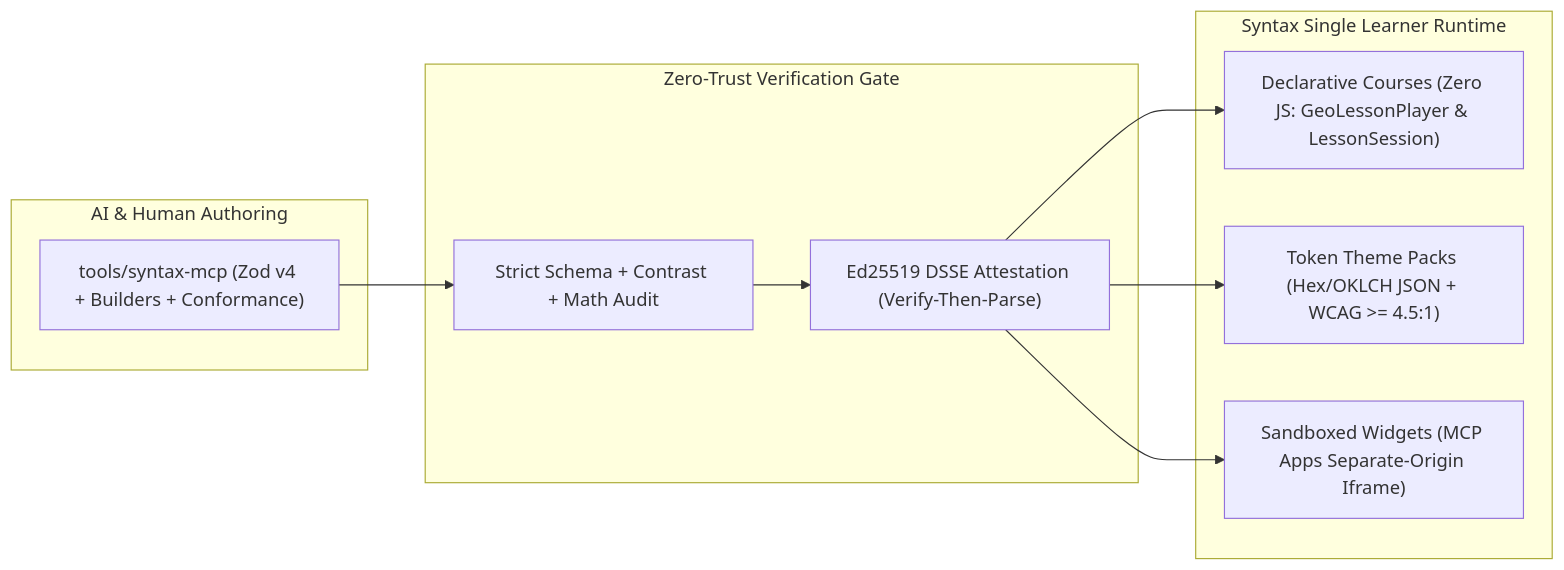
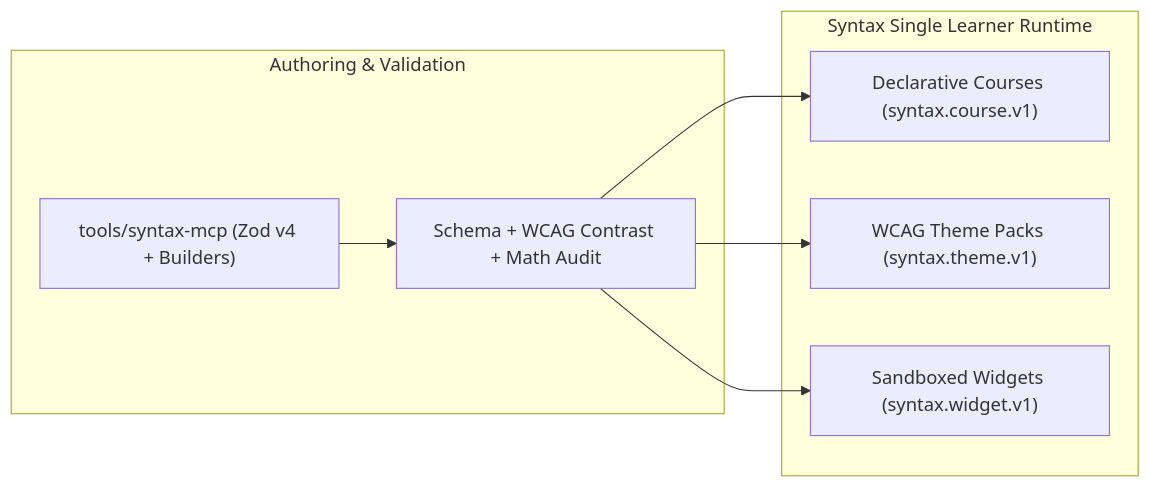
Before and after one commit to I-am-drunk/syntax: the diagram in README.md, drawn with Mermaid. The commit also changed other lines of this file and 13 other files, not shown here.

Commit message:
feat(platform): ship Clerk Cloud Sync, multi-session switcher, WCAG Theme Packs, Extensibility v2 contracts, and clean README

````diff
--- a/README.md
+++ b/README.md
@@ -84,19 +72,16 @@
 ```mermaid
 flowchart LR
-  subgraph Author["AI & Human Authoring"]
-    MCP["tools/syntax-mcp (Zod v4 + Builders + Conformance)"]
-  end
-  subgraph Verify["Zero-Trust Verification Gate"]
-    Schema["Strict Schema + Contrast + Math Audit"]
-    Crypto["Ed25519 DSSE Attestation (Verify-Then-Parse)"]
+  subgraph Author["Authoring & Validation"]
+    MCP["tools/syntax-mcp (Zod v4 + Builders)"]
+    Gate["Schema + WCAG Contrast + Math Audit"]
   end
   subgraph Runtime["Syntax Single Learner Runtime"]
-    Courses["Declarative Courses (Zero JS: GeoLessonPlayer & LessonSession)"]
-    Themes["Token Theme Packs (Hex/OKLCH JSON + WCAG >= 4.5:1)"]
-    Widgets["Sandboxed Widgets (MCP Apps Separate-Origin Iframe)"]
+    Courses["Declarative Courses (syntax.course.v1)"]
+    Themes["WCAG Theme Packs (syntax.theme.v1)"]
+    Widgets["Sandboxed Widgets (syntax.widget.v1)"]
   end
-  MCP --> Schema --> Crypto
-  Crypto --> Courses
-  Crypto --> Themes
-  Crypto --> Widgets
+  MCP --> Gate
+  Gate --> Courses
+  Gate --> Themes
+  Gate --> Widgets
 ```
````
